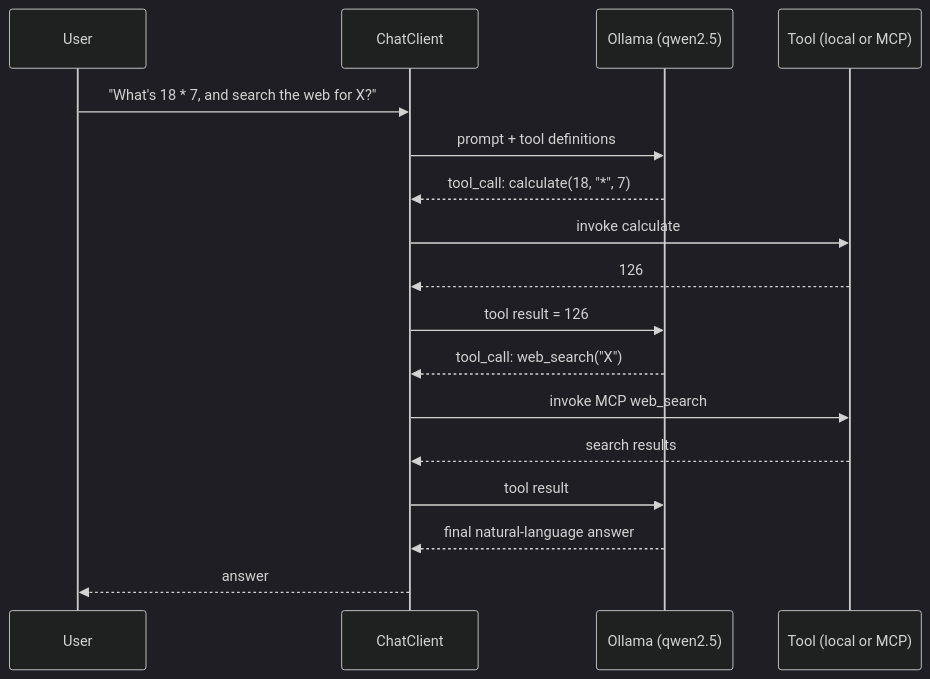
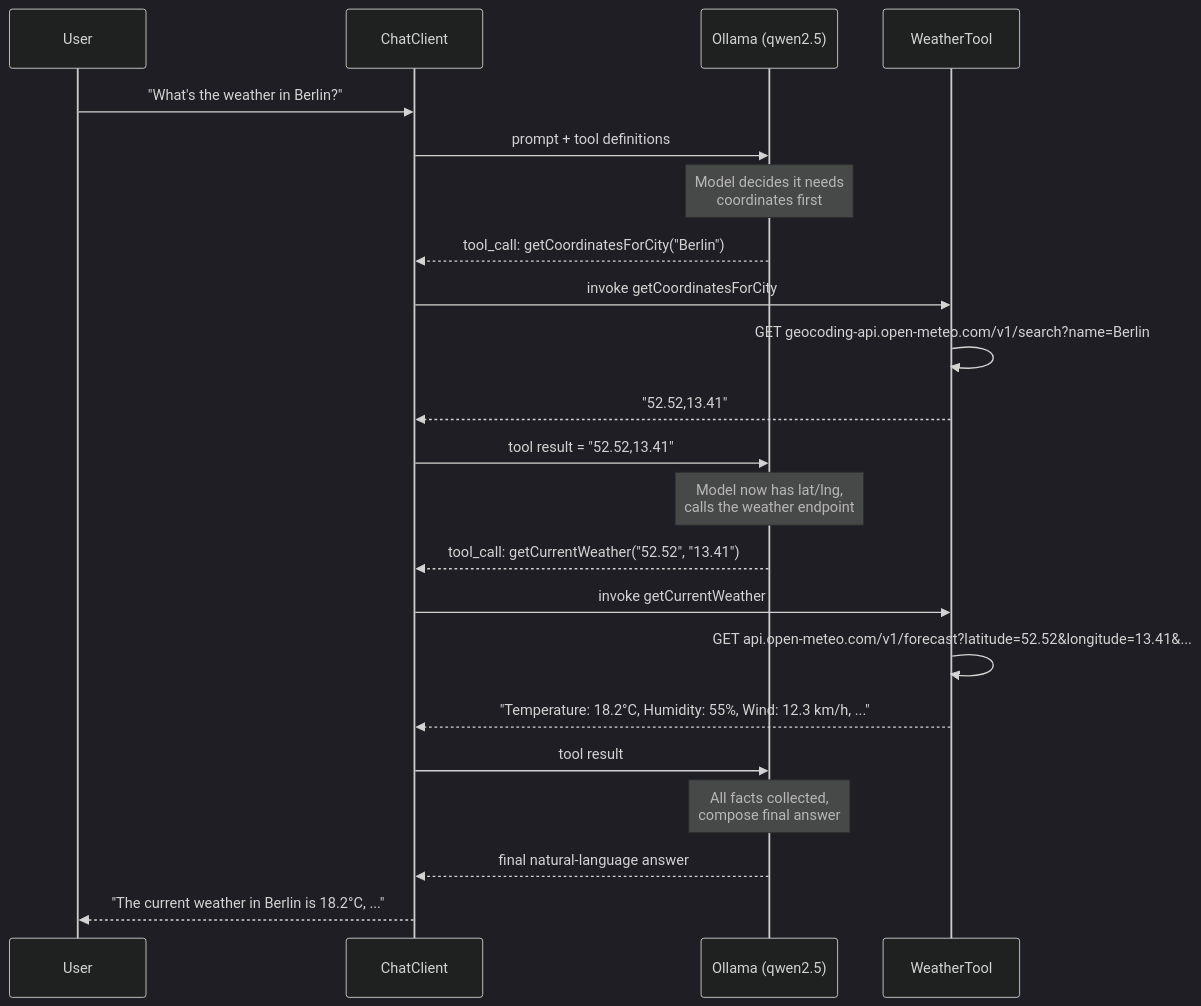
One commit to pritamkm1989/Spring-AI-MCP-Client- changed the second of 5 diagrams in docs/spring-ai-mcp-agent.md. Above: the diagram before and after it, drawn with Mermaid (dark theme). The commit also changed other lines of this file, not shown here.

````diff
--- a/docs/spring-ai-mcp-agent.md
+++ b/docs/spring-ai-mcp-agent.md
@@ -132,20 +139,31 @@
 ```mermaid
 sequenceDiagram
     participant U as User
-    participant C as ChatClient
+    participant CC as ChatClient
     participant M as Ollama (qwen2.5)
-    participant T as Tool (local or MCP)
+    participant W as WeatherTool
 
-    U->>C: "What's 18 * 7, and search the web for X?"
-    C->>M: prompt + tool definitions
-    M-->>C: tool_call: calculate(18, "*", 7)
-    C->>T: invoke calculate
-    T-->>C: 126
-    C->>M: tool result = 126
-    M-->>C: tool_call: web_search("X")
-    C->>T: invoke MCP web_search
-    T-->>C: search results
-    C->>M: tool result
-    M-->>C: final natural-language answer
-    C-->>U: answer
+    U->>CC: "What's the weather in Berlin?"
+    CC->>M: prompt + tool definitions
+
+    Note over M: Model decides it needs<br/>coordinates first
+
+    M-->>CC: tool_call: getCoordinatesForCity("Berlin")
+    CC->>W: invoke getCoordinatesForCity
+    W->>W: GET geocoding-api.open-meteo.com/v1/search?name=Berlin
+    W-->>CC: "52.52,13.41"
+    CC->>M: tool result = "52.52,13.41"
+
+    Note over M: Model now has lat/lng,<br/>calls the weather endpoint
+
+    M-->>CC: tool_call: getCurrentWeather("52.52", "13.41")
+    CC->>W: invoke getCurrentWeather
+    W->>W: GET api.open-meteo.com/v1/forecast?latitude=52.52&longitude=13.41&...
+    W-->>CC: "Temperature: 18.2°C, Humidity: 55%, Wind: 12.3 km/h, ..."
+    CC->>M: tool result
+
+    Note over M: All facts collected,<br/>compose final answer
+
+    M-->>CC: final natural-language answer
+    CC-->>U: "The current weather in Berlin is 18.2°C, ..."
 ```
````
